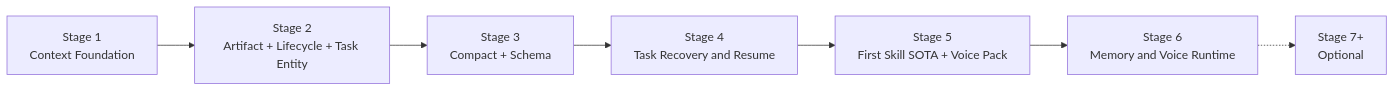
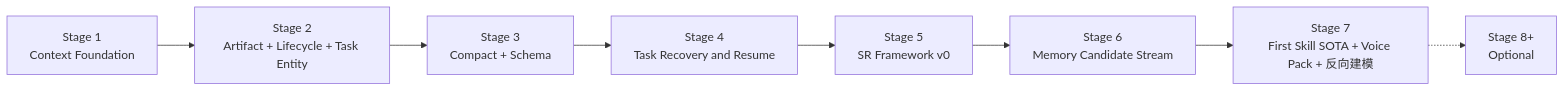
Before and after one commit to imanity0421/ops-stack: the fifth of 5 diagrams in agent-os-runtime/docs/ARCHITECTURE.md, drawn with Mermaid. The commit also changed other lines of this file, not shown here.

First line of the commit message:
docs(agent-os-runtime): phase 9 step 2 -- arch level 2 architectural revision

````diff
--- a/agent-os-runtime/docs/ARCHITECTURE.md
+++ b/agent-os-runtime/docs/ARCHITECTURE.md
@@ -596,9 +607,10 @@
 ```mermaid
 flowchart LR
   S1[Stage 1<br/>Context Foundation] --> S2[Stage 2<br/>Artifact + Lifecycle + Task Entity]
   S2 --> S3[Stage 3<br/>Compact + Schema]
   S3 --> S4[Stage 4<br/>Task Recovery and Resume]
-  S4 --> S5[Stage 5<br/>First Skill SOTA + Voice Pack]
-  S5 --> S6[Stage 6<br/>Memory and Voice Runtime]
-  S6 -.-> S7[Stage 7+<br/>Optional]
+  S4 --> S5[Stage 5<br/>SR Framework v0]
+  S5 --> S6[Stage 6<br/>Memory Candidate Stream]
+  S6 --> S7[Stage 7<br/>First Skill SOTA + Voice Pack + 反向建模]
+  S7 -.-> S8[Stage 8+<br/>Optional]
 ```
````
